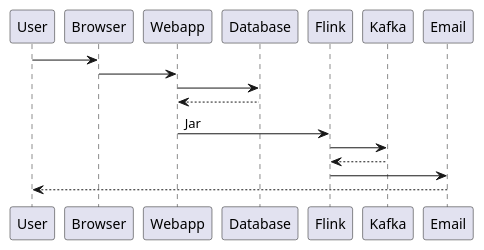
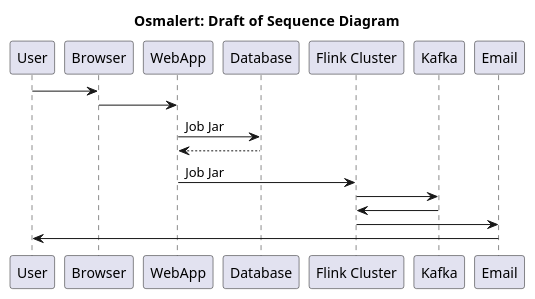
The diagram in docs/architecture/osmalert_draft_sequence_diagram.puml (GIScience/osmalert), drawn with PlantUML before and after one commit.

Commit message:
doc: improve draft of sequence diagram

```diff
--- a/docs/architecture/osmalert_draft_sequence_diagram.puml
+++ b/docs/architecture/osmalert_draft_sequence_diagram.puml
@@ -5,19 +1,23 @@
 @startuml
-'participant User
-'participant Browser
-'participant Webapp
-'participant Database
-'participant "Flink Cluster" as Flink
-'participant Kafka
-'participant Email
+
+title "Osmalert:  Draft of Sequence Diagram"
+
+participant User
+participant Browser
+participant WebApp
+participant Database
+participant "Flink Cluster" as Flink
+participant Kafka
+participant Email
 
 User -> Browser:
-Browser -> Webapp:
-Webapp -> Database:
-Database --> Webapp
-Webapp -> Flink: Jar
+Browser -> WebApp:
+WebApp -> Database:Job Jar
+Database --> WebApp:
+WebApp -> Flink:  Job Jar
 Flink -> Kafka:
-Kafka --> Flink:
+Kafka -> Flink:
 Flink -> Email:
-Email --> User:
+Email -> User:
+
 @enduml
```
